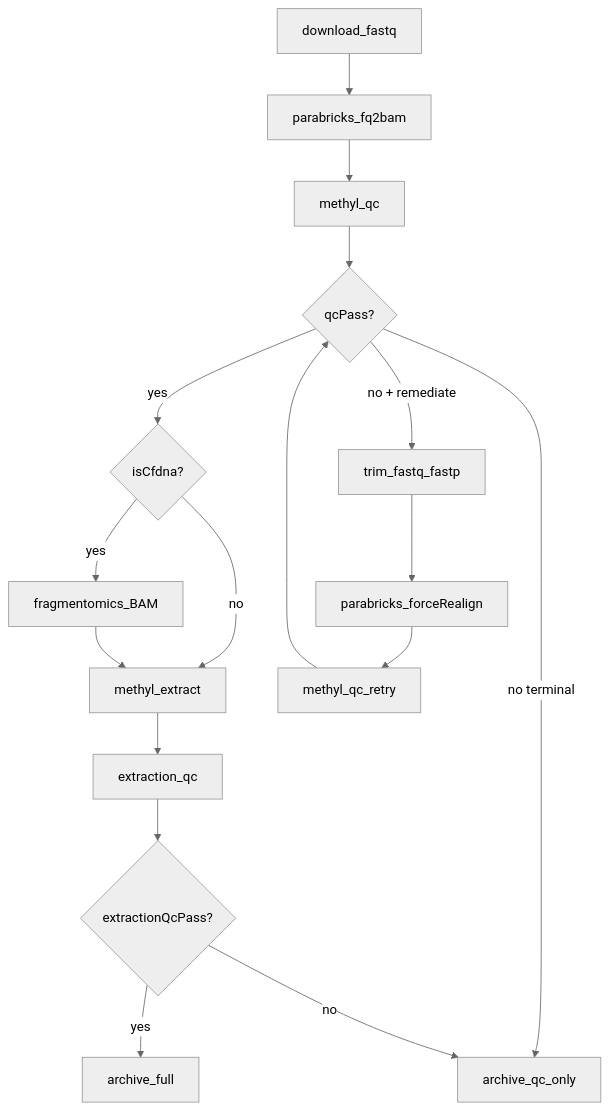
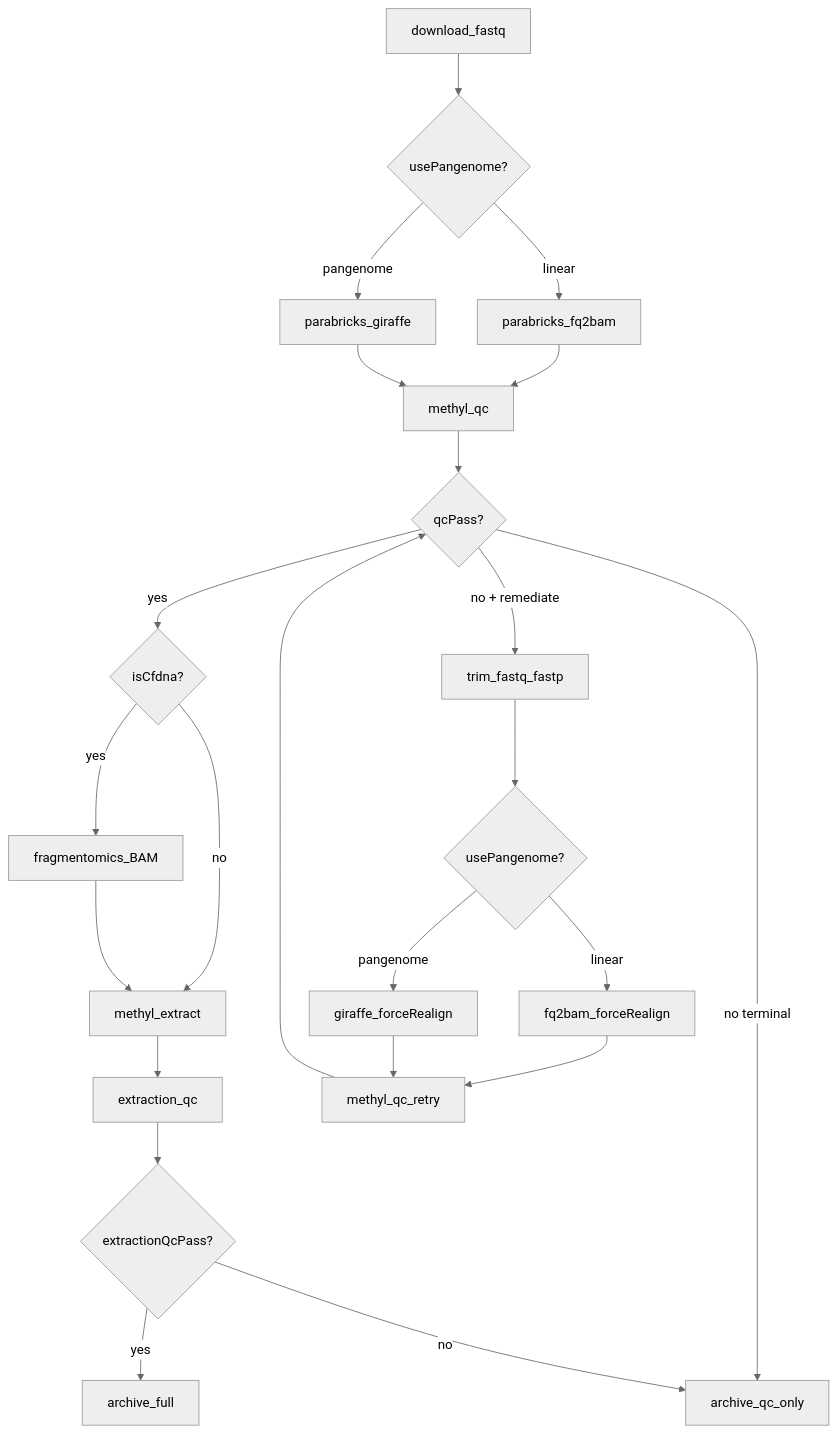
Before and after one commit to Goliath-Research/GoliathWorkflow: the first of 4 diagrams in docs/implementation/sample-preparation-flow.md, drawn with Mermaid (neutral theme). The commit also changed other lines of this file and 9 other files, not shown here.

First line of the commit message:
Update sample preparation flow diagrams and documentation to incorporate pangenome alignment options

````diff
--- a/docs/implementation/sample-preparation-flow.md
+++ b/docs/implementation/sample-preparation-flow.md
@@ -18,19 +18,25 @@
 ```mermaid
 flowchart TD
-  dl[download_fastq] --> pb[parabricks_fq2bam]
-  pb --> aqc[methyl_qc]
+  dl[download_fastq] --> mode{usePangenome?}
+  mode -->|linear| fq[parabricks_fq2bam]
+  mode -->|pangenome| gf[parabricks_giraffe]
+  fq --> aqc[methyl_qc]
+  gf --> aqc
   aqc --> gate{qcPass?}
   gate -->|yes| frag{isCfdna?}
   frag -->|yes| fm[fragmentomics_BAM]
   frag -->|no| ext[methyl_extract]
   fm --> ext
   ext --> eqc[extraction_qc]
   eqc --> pass{extractionQcPass?}
   pass -->|yes| archive[archive_full]
   gate -->|no + remediate| trim[trim_fastq_fastp]
-  trim --> pb2[parabricks_forceRealign]
-  pb2 --> aqc2[methyl_qc_retry]
+  trim --> rmode{usePangenome?}
+  rmode -->|linear| fq2[fq2bam_forceRealign]
+  rmode -->|pangenome| gf2[giraffe_forceRealign]
+  fq2 --> aqc2[methyl_qc_retry]
+  gf2 --> aqc2
   aqc2 --> gate
   gate -->|no terminal| reject[archive_qc_only]
   pass -->|no| reject
 ```
````
